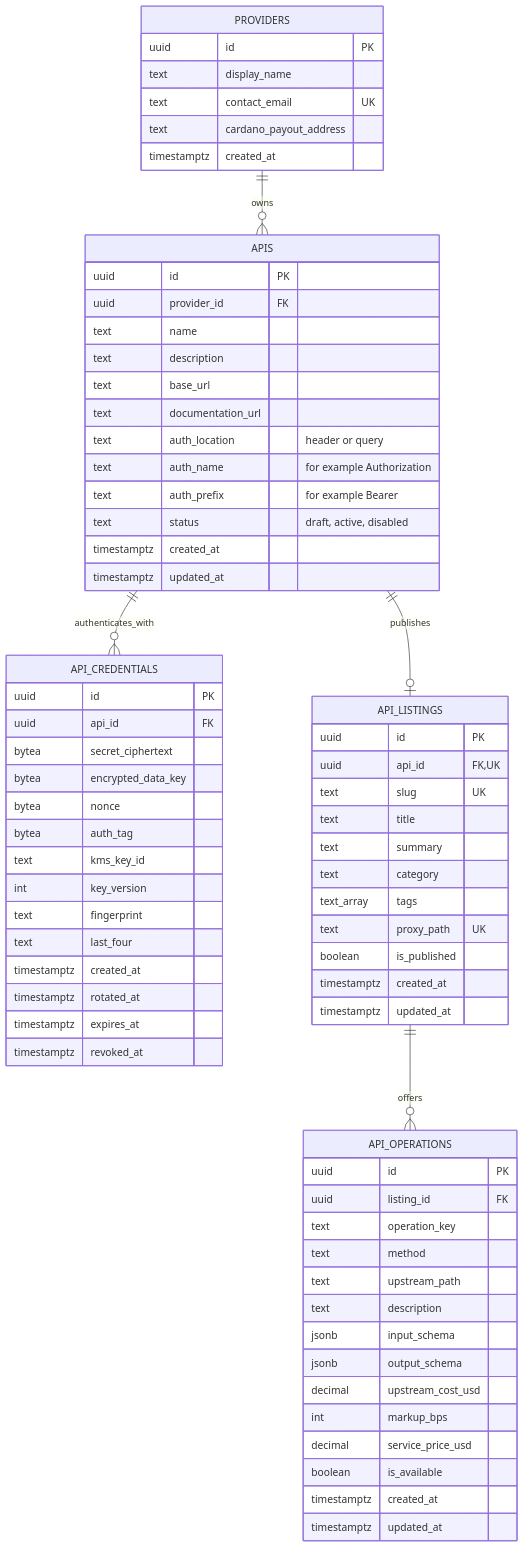
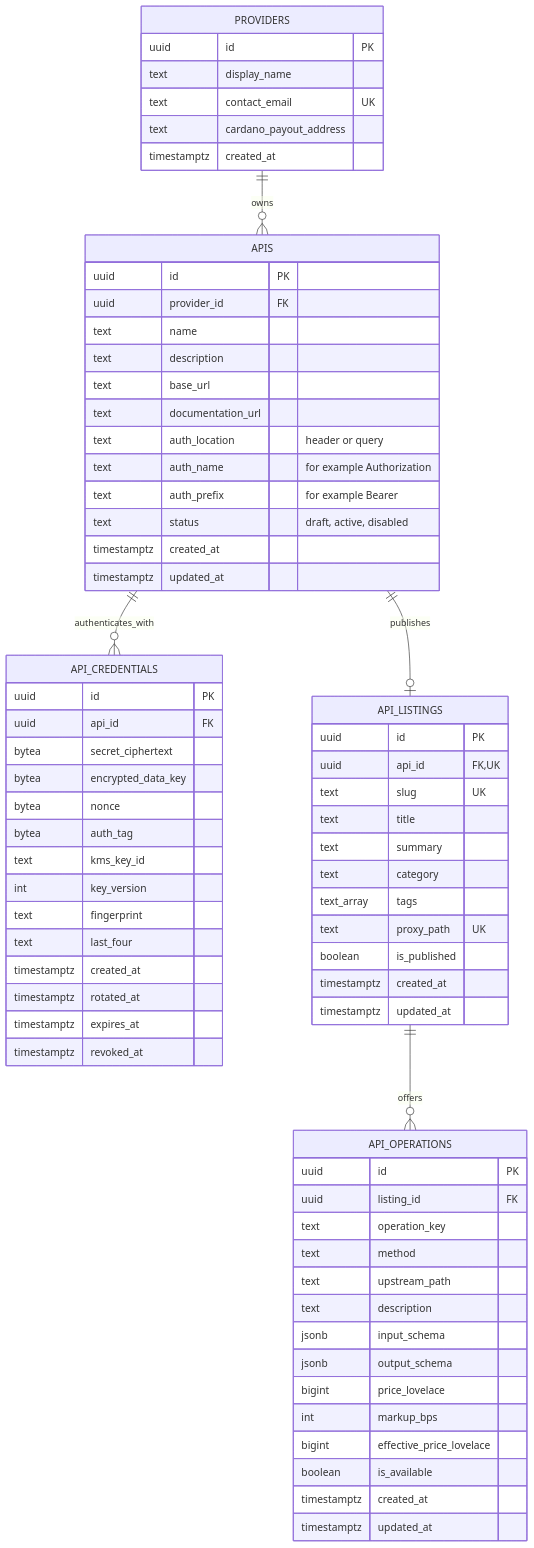
The diagram in db/ER_DIAGRAM.md (kskavin3/KeyCard), drawn with Mermaid before and after one commit. The commit also changed 50 other files, not shown here.

````diff
--- a/db/ER_DIAGRAM.md
+++ b/db/ER_DIAGRAM.md
@@ -3,78 +3,78 @@
 ```mermaid
 erDiagram
     PROVIDERS ||--o{ APIS : owns
     APIS ||--o{ API_CREDENTIALS : authenticates_with
     APIS ||--o| API_LISTINGS : publishes
     API_LISTINGS ||--o{ API_OPERATIONS : offers
 
     PROVIDERS {
         uuid id PK
         text display_name
         text contact_email UK
         text cardano_payout_address
         timestamptz created_at
     }
 
     APIS {
         uuid id PK
         uuid provider_id FK
         text name
         text description
         text base_url
         text documentation_url
         text auth_location "header or query"
         text auth_name "for example Authorization"
         text auth_prefix "for example Bearer"
         text status "draft, active, disabled"
         timestamptz created_at
         timestamptz updated_at
     }
 
     API_CREDENTIALS {
         uuid id PK
         uuid api_id FK
         bytea secret_ciphertext
         bytea encrypted_data_key
         bytea nonce
         bytea auth_tag
         text kms_key_id
         int key_version
         text fingerprint
         text last_four
         timestamptz created_at
         timestamptz rotated_at
         timestamptz expires_at
         timestamptz revoked_at
     }
 
     API_LISTINGS {
         uuid id PK
         uuid api_id FK,UK
         text slug UK
         text title
         text summary
         text category
         text_array tags
         text proxy_path UK
         boolean is_published
         timestamptz created_at
         timestamptz updated_at
     }
 
     API_OPERATIONS {
         uuid id PK
         uuid listing_id FK
         text operation_key
         text method
         text upstream_path
         text description
         jsonb input_schema
         jsonb output_schema
-        decimal upstream_cost_usd
+        bigint price_lovelace
         int markup_bps
-        decimal service_price_usd
+        bigint effective_price_lovelace
         boolean is_available
         timestamptz created_at
         timestamptz updated_at
     }
 ```
````
